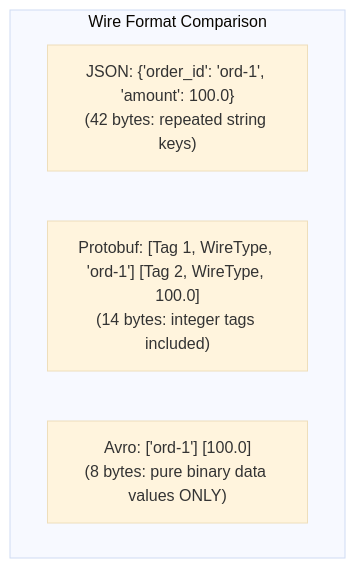
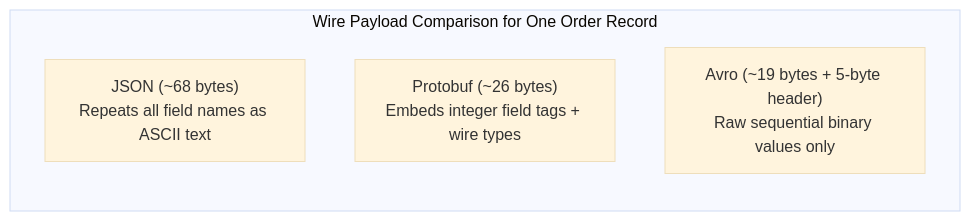
The first of 4 diagrams in content/roadmap/level-10/schema-registry-and-apache-avro.md (ravishankar2463/java_hub), drawn with Mermaid (base theme) before and after one commit. The commit also changed other lines of this file and 119 other files, not shown here.

Commit message:
feat: add comprehensive java learning roadmap content across multiple levels

````diff
--- a/content/roadmap/level-10/schema-registry-and-apache-avro.md
+++ b/content/roadmap/level-10/schema-registry-and-apache-avro.md
@@ -39,8 +28,8 @@
 ```mermaid
-flowchart TD
-    subgraph Comparison["Wire Format Comparison"]
-        JSON["JSON: {'order_id': 'ord-1', 'amount': 100.0}<br/>(42 bytes: repeated string keys)"]
-        Protobuf["Protobuf: [Tag 1, WireType, 'ord-1'] [Tag 2, WireType, 100.0]<br/>(14 bytes: integer tags included)"]
-        Avro["Avro: ['ord-1'] [100.0]<br/>(8 bytes: pure binary data values ONLY)"]
+flowchart LR
+    subgraph Formats["Wire Payload Comparison for One Order Record"]
+        JSON["JSON (~68 bytes)<br/>Repeats all field names as ASCII text"]
+        Proto["Protobuf (~26 bytes)<br/>Embeds integer field tags + wire types"]
+        Avro["Avro (~19 bytes + 5-byte header)<br/>Raw sequential binary values only"]
     end
 ```
````
